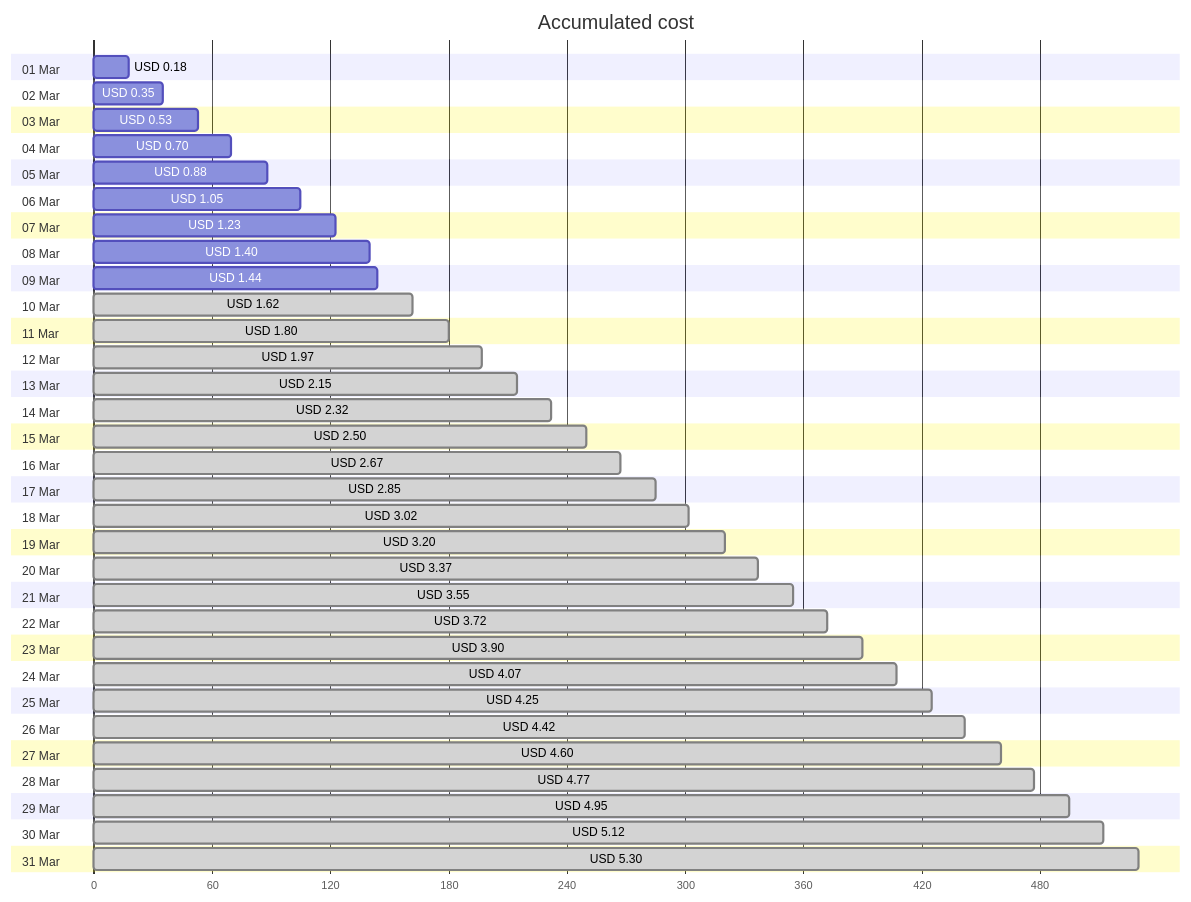
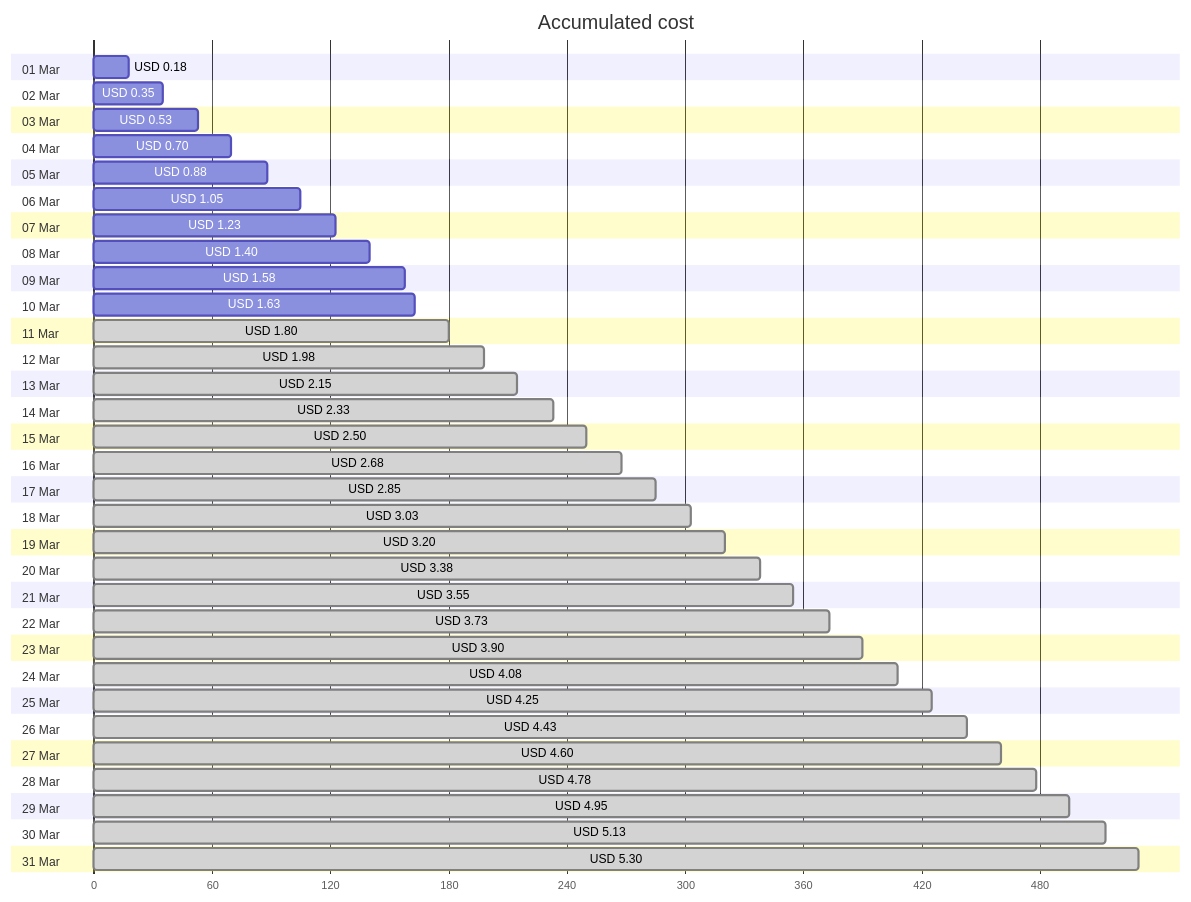
One commit to jpfulton/azure-personal-reports changed the first of 4 diagrams in cost-reports/personal-network/backup-server.md. Above: the diagram before and after it, drawn with Mermaid. The commit also changed other lines of this file and 8 other files, not shown here.

````diff
--- a/cost-reports/personal-network/backup-server.md
+++ b/cost-reports/personal-network/backup-server.md
@@ -20,68 +20,68 @@
 ```mermaid
 gantt
    title Accumulated cost
    dateFormat  X
    axisFormat %s
    section 01 Mar
    USD 0.18 :0, 18
    section 02 Mar
    USD 0.35 :0, 35
    section 03 Mar
    USD 0.53 :0, 53
    section 04 Mar
    USD 0.70 :0, 70
    section 05 Mar
    USD 0.88 :0, 88
    section 06 Mar
    USD 1.05 :0, 105
    section 07 Mar
    USD 1.23 :0, 123
    section 08 Mar
    USD 1.40 :0, 140
    section 09 Mar
-   USD 1.44 :0, 144
+   USD 1.58 :0, 158
    section 10 Mar
-   USD 1.62 : done, 0, 162
+   USD 1.63 :0, 163
    section 11 Mar
    USD 1.80 : done, 0, 180
    section 12 Mar
-   USD 1.97 : done, 0, 197
+   USD 1.98 : done, 0, 198
    section 13 Mar
    USD 2.15 : done, 0, 215
    section 14 Mar
-   USD 2.32 : done, 0, 232
+   USD 2.33 : done, 0, 233
    section 15 Mar
    USD 2.50 : done, 0, 250
    section 16 Mar
-   USD 2.67 : done, 0, 267
+   USD 2.68 : done, 0, 268
    section 17 Mar
    USD 2.85 : done, 0, 285
    section 18 Mar
-   USD 3.02 : done, 0, 302
+   USD 3.03 : done, 0, 303
    section 19 Mar
    USD 3.20 : done, 0, 320
    section 20 Mar
-   USD 3.37 : done, 0, 337
+   USD 3.38 : done, 0, 338
    section 21 Mar
    USD 3.55 : done, 0, 355
    section 22 Mar
-   USD 3.72 : done, 0, 372
+   USD 3.73 : done, 0, 373
    section 23 Mar
    USD 3.90 : done, 0, 390
    section 24 Mar
-   USD 4.07 : done, 0, 407
+   USD 4.08 : done, 0, 408
    section 25 Mar
    USD 4.25 : done, 0, 425
    section 26 Mar
-   USD 4.42 : done, 0, 442
+   USD 4.43 : done, 0, 443
    section 27 Mar
    USD 4.60 : done, 0, 460
    section 28 Mar
-   USD 4.77 : done, 0, 477
+   USD 4.78 : done, 0, 478
    section 29 Mar
    USD 4.95 : done, 0, 495
    section 30 Mar
-   USD 5.12 : done, 0, 512
+   USD 5.13 : done, 0, 513
    section 31 Mar
    USD 5.30 : done, 0, 530
 ```
````
